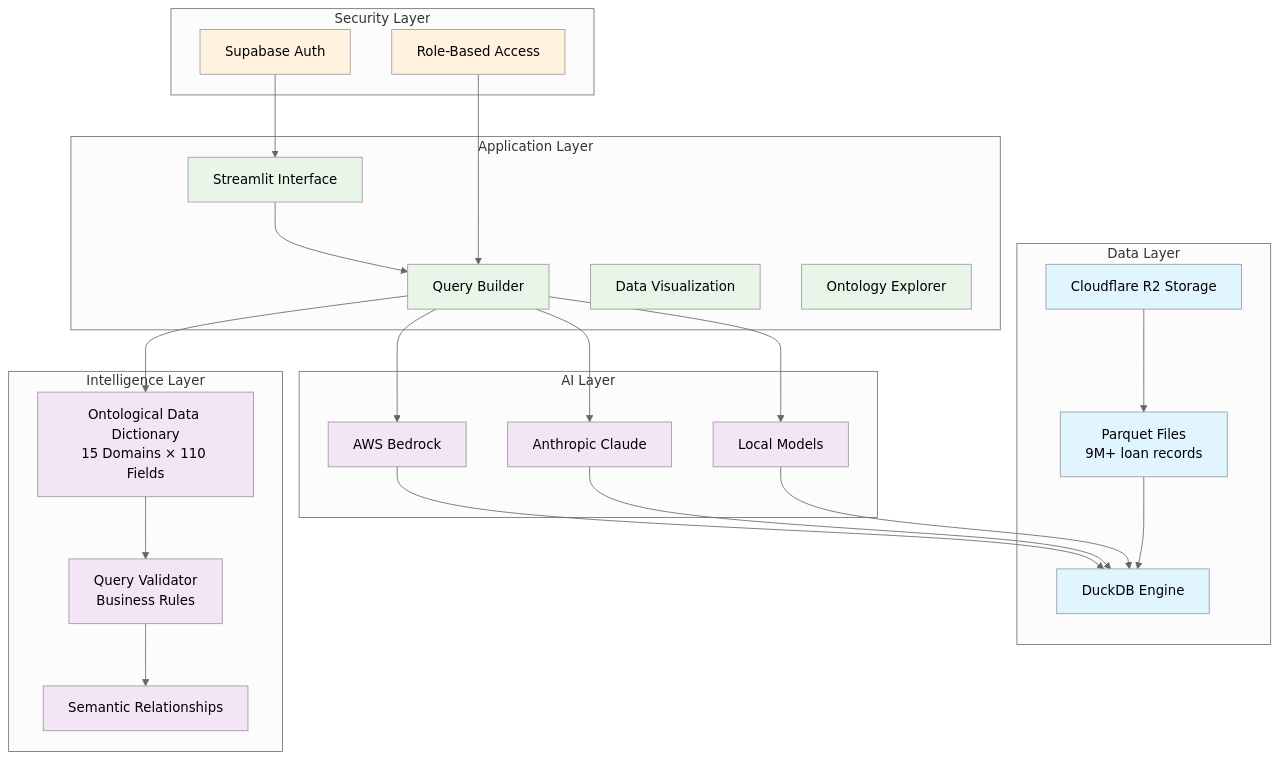
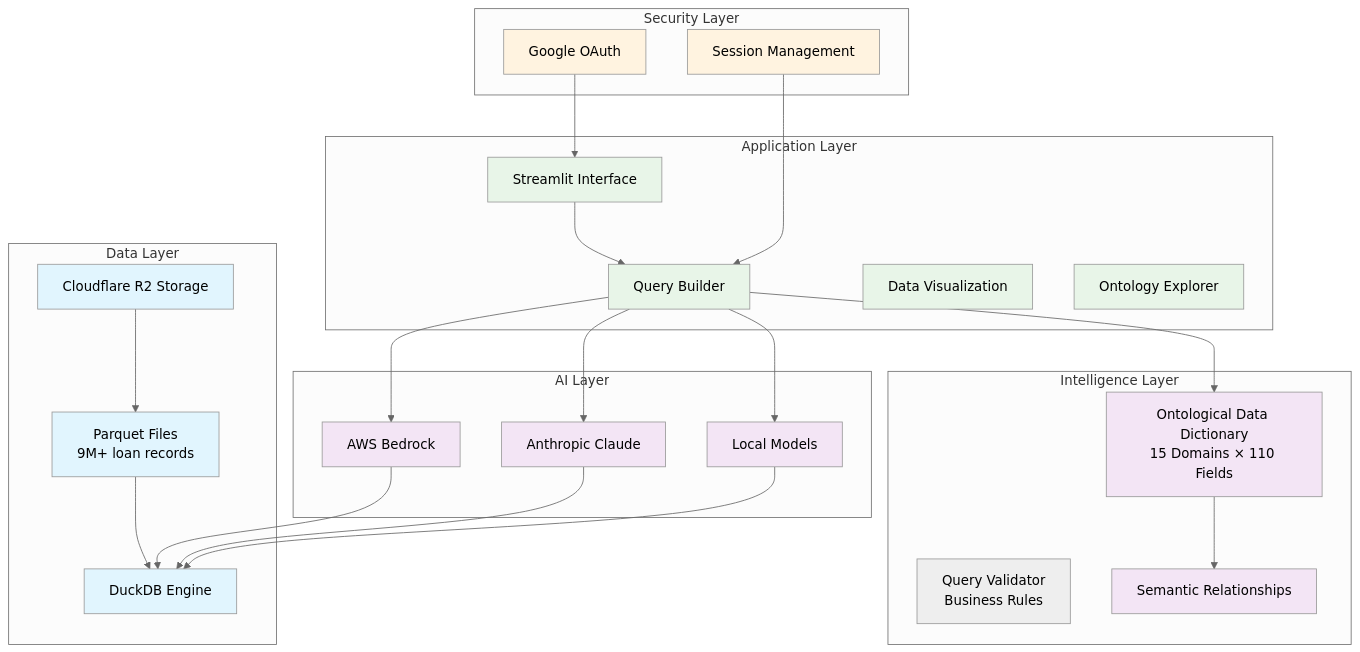
The diagram in README.md (ravishan16/converSQL), drawn with Mermaid (neutral theme) before and after one commit. The commit also changed other lines of this file and 11 other files, not shown here.

````diff
--- a/README.md
+++ b/README.md
@@ -44,55 +44,54 @@
 ```mermaid
 graph TB
     subgraph "Data Layer"
         R2[Cloudflare R2 Storage]
         PQ[Parquet Files<br/>9M+ loan records]
         DUCK[DuckDB Engine]
     end
 
     subgraph "Intelligence Layer"
         ONT[Ontological Data Dictionary<br/>15 Domains × 110 Fields]
         VAL[Query Validator<br/>Business Rules]
         REL[Semantic Relationships]
     end
 
     subgraph "AI Layer"
         BED[AWS Bedrock]
         CLA[Anthropic Claude]
         LOC[Local Models]
     end
 
     subgraph "Application Layer"
         UI[Streamlit Interface]
         QRY[Query Builder]
         VIZ[Data Visualization]
         EXP[Ontology Explorer]
     end
 
     subgraph "Security Layer"
-        AUTH[Supabase Auth]
-        RBAC[Role-Based Access]
+        AUTH[Google OAuth]
+        SESS[Session Management]
     end
 
     R2 --> PQ
     PQ --> DUCK
-    ONT --> VAL
-    VAL --> REL
+    ONT --> REL
 
     UI --> QRY
     QRY --> ONT
     QRY --> BED & CLA & LOC
     BED & CLA & LOC --> DUCK
 
     AUTH --> UI
-    RBAC --> QRY
+    SESS --> QRY
 
     classDef dataNodes fill:#e1f5fe
     classDef aiNodes fill:#f3e5f5
     classDef appNodes fill:#e8f5e8
     classDef secNodes fill:#fff3e0
 
     class R2,PQ,DUCK dataNodes
-    class ONT,VAL,REL,BED,CLA,LOC aiNodes
+    class ONT,REL,BED,CLA,LOC aiNodes
     class UI,QRY,VIZ,EXP appNodes
-    class AUTH,RBAC secNodes
+    class AUTH,SESS secNodes
 ```
````
